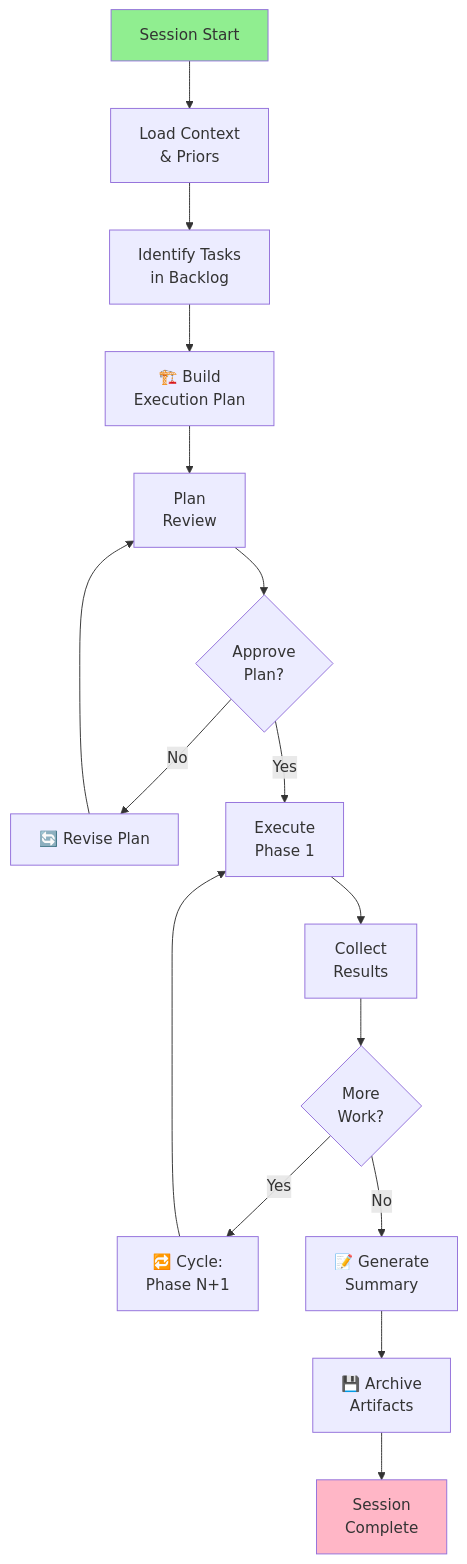
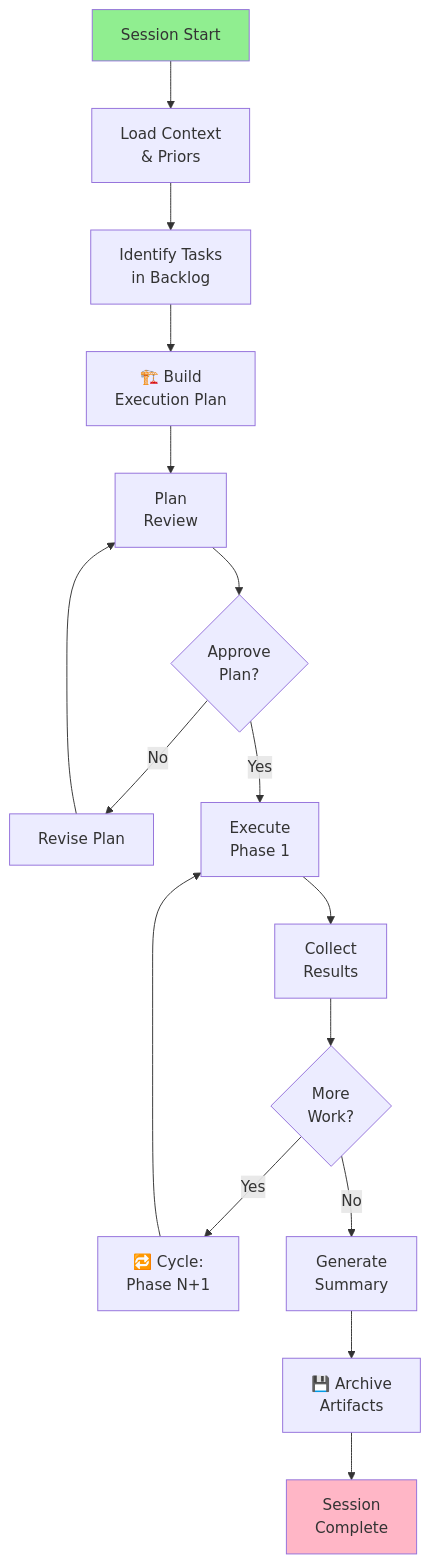
One commit to Aries-Serpent/_codex_ changed the eighth of 10 diagrams in docs/agent/CUSTOM_AGENT_COORDINATION_WORKFLOWS.md. Above: the diagram before and after it, drawn with Mermaid. The commit also changed other lines of this file and 1989 other files, not shown here.

````diff
--- a/docs/agent/CUSTOM_AGENT_COORDINATION_WORKFLOWS.md
+++ b/docs/agent/CUSTOM_AGENT_COORDINATION_WORKFLOWS.md
@@ -359,33 +359,33 @@
 ```mermaid
 graph TD
     A[" Session Start"] --> B[" Load Context<br/>& Priors"]
 
     B --> C[" Identify Tasks<br/>in Backlog"]
 
     C --> D["🏗️ Build<br/>Execution Plan"]
 
     D --> E[" Plan<br/>Review"]
 
     E --> F{"Approve<br/>Plan?"}
 
-    F -->|No| G["🔄 Revise Plan"]
+    F -->|No| G[" Revise Plan"]
     G --> E
 
     F -->|Yes| H[" Execute<br/>Phase 1"]
 
     H --> I[" Collect<br/>Results"]
 
     I --> J{"More<br/>Work?"}
 
     J -->|Yes| K["🔁 Cycle:<br/>Phase N+1"]
     K --> H
 
-    J -->|No| L["📝 Generate<br/>Summary"]
+    J -->|No| L[" Generate<br/>Summary"]
 
     L --> M["💾 Archive<br/>Artifacts"]
 
     M --> N[" Session<br/>Complete"]
 
     style A fill:#90EE90
     style N fill:#FFB6C6
 ```
````
